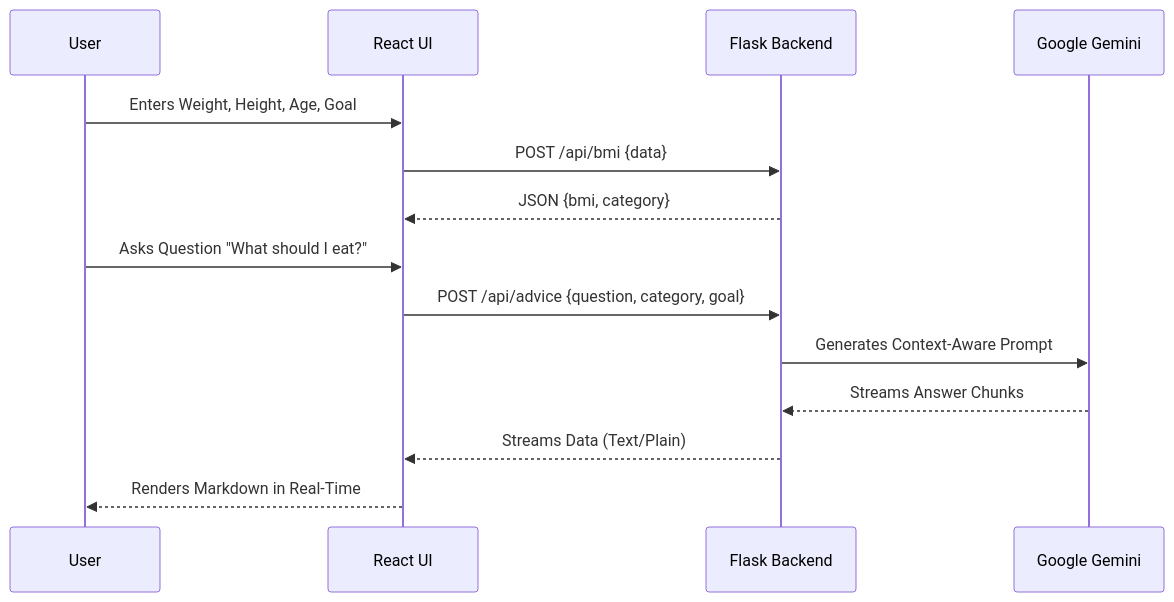
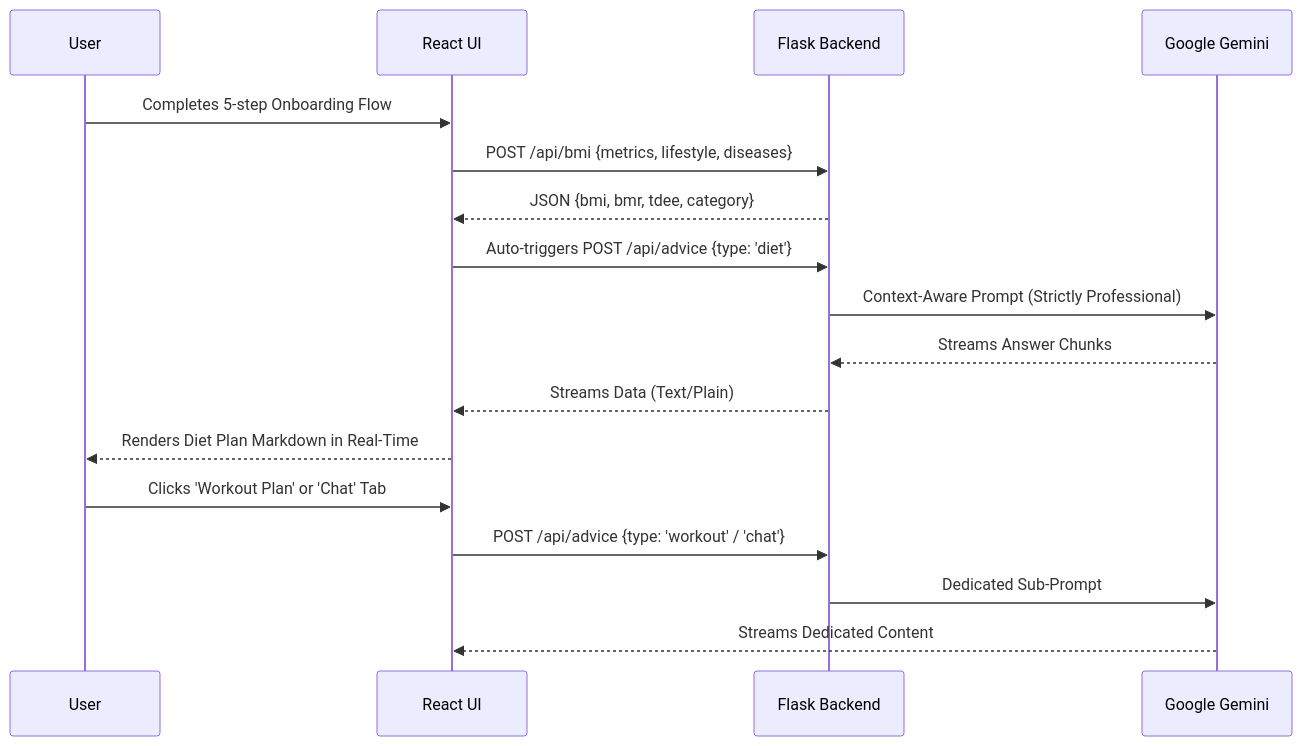
One commit to Inferno2176/AICIA5FitMate changed the diagram in README.md. Above: the diagram before and after it, drawn with Mermaid. The commit also changed other lines of this file and 17 other files, not shown here.

````diff
--- a/README.md
+++ b/README.md
@@ -79,18 +88,22 @@
 ```mermaid
 sequenceDiagram
     participant User
     participant React UI
     participant Flask Backend
     participant Google Gemini
 
-    User->>React UI: Enters Weight, Height, Age, Goal
-    React UI->>Flask Backend: POST /api/bmi {data}
-    Flask Backend-->>React UI: JSON {bmi, category}
+    User->>React UI: Completes 5-step Onboarding Flow
+    React UI->>Flask Backend: POST /api/bmi {metrics, lifestyle, diseases}
+    Flask Backend-->>React UI: JSON {bmi, bmr, tdee, category}
     
-    User->>React UI: Asks Question "What should I eat?"
-    React UI->>Flask Backend: POST /api/advice {question, category, goal}
-    Flask Backend->>Google Gemini: Generates Context-Aware Prompt
+    React UI->>Flask Backend: Auto-triggers POST /api/advice {type: 'diet'}
+    Flask Backend->>Google Gemini: Context-Aware Prompt (Strictly Professional)
     Google Gemini-->>Flask Backend: Streams Answer Chunks
     Flask Backend-->>React UI: Streams Data (Text/Plain)
-    React UI-->>User: Renders Markdown in Real-Time
+    React UI-->>User: Renders Diet Plan Markdown in Real-Time
+    
+    User->>React UI: Clicks 'Workout Plan' or 'Chat' Tab
+    React UI->>Flask Backend: POST /api/advice {type: 'workout' / 'chat'}
+    Flask Backend->>Google Gemini: Dedicated Sub-Prompt
+    Google Gemini-->>React UI: Streams Dedicated Content
 ```
````
